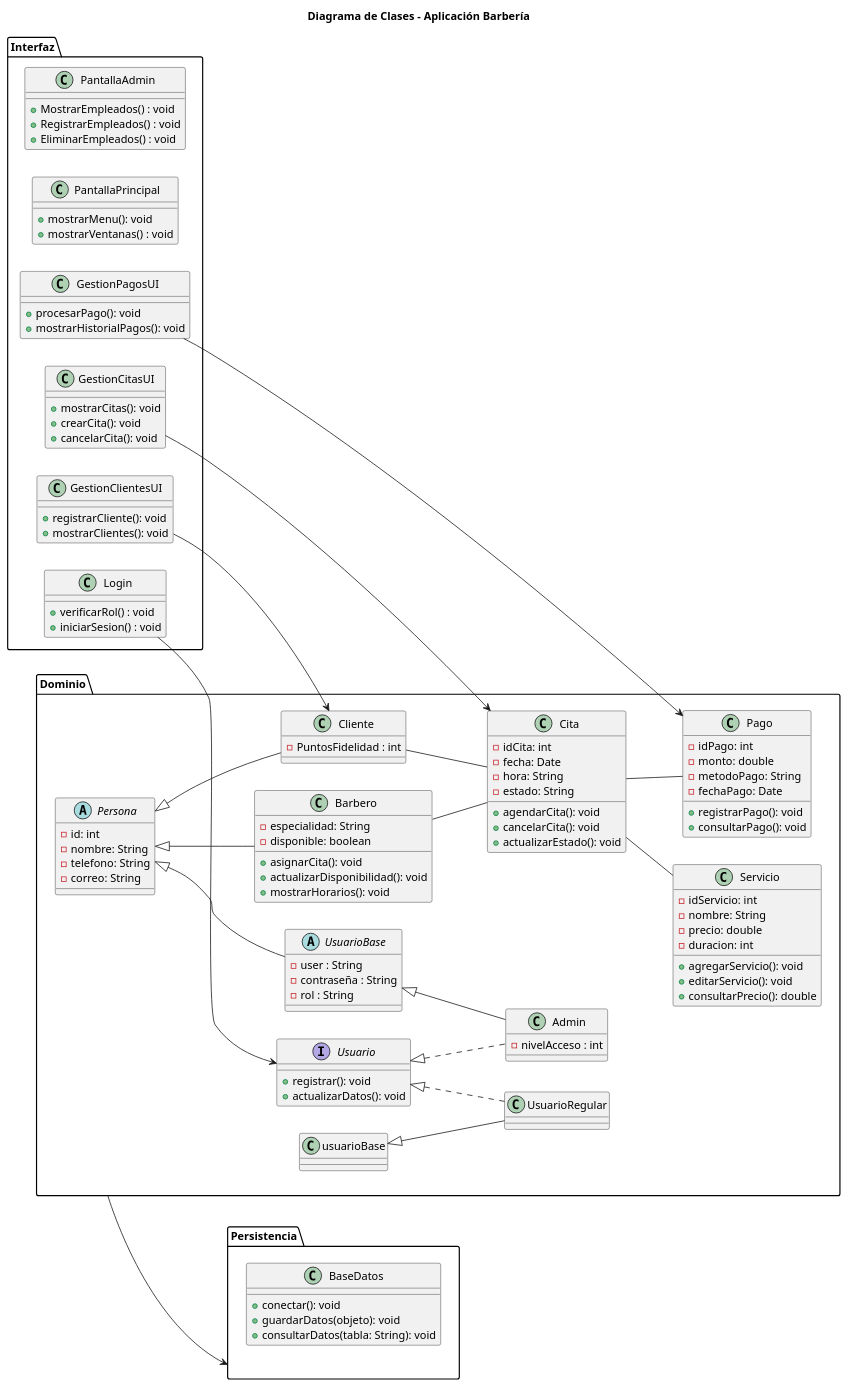
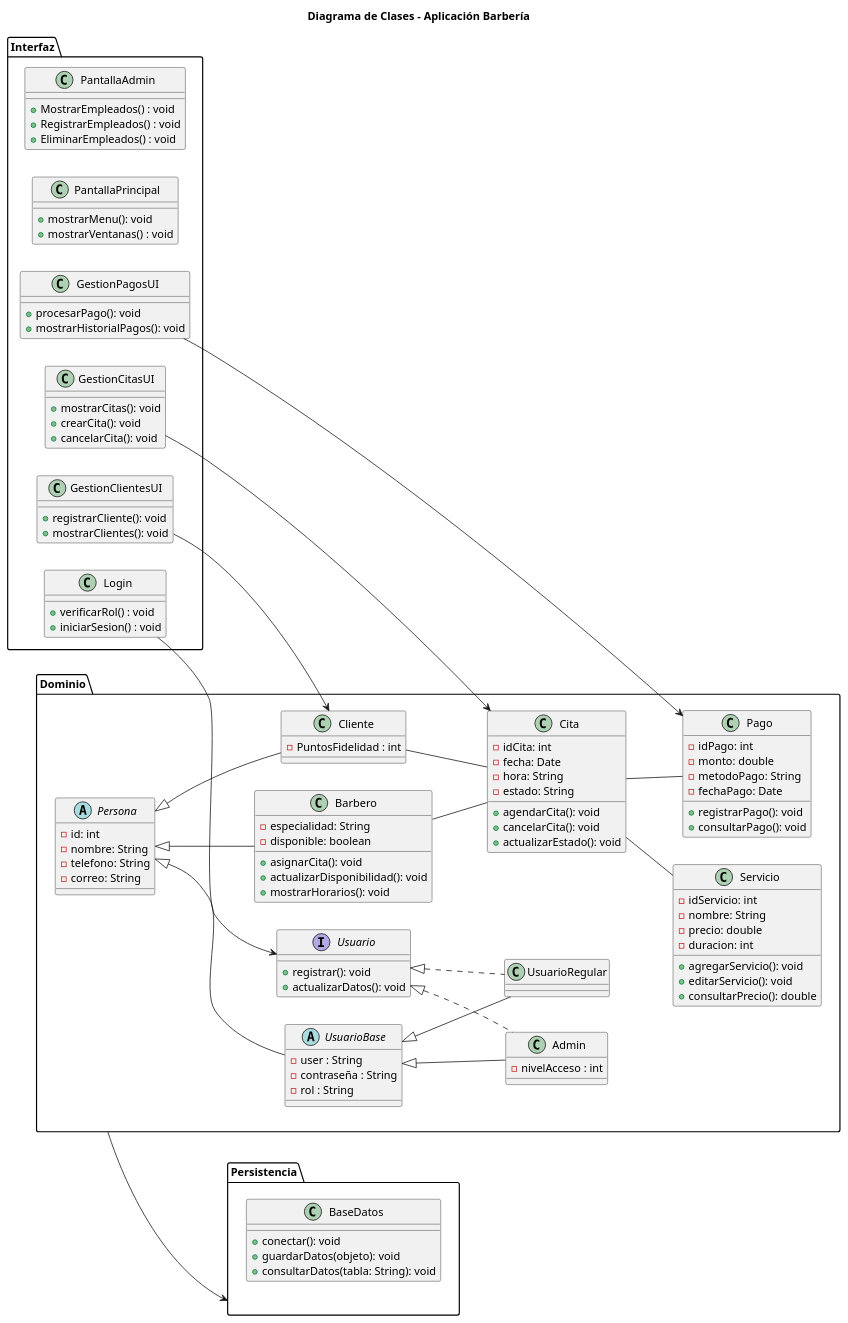
One commit to angeldany521-spec/ProyectoJavaSwing changed the diagram in diagramaBarberia.puml. Above: the diagram before and after it, drawn with PlantUML. The commit also changed 6 other files, not shown here.

```diff
--- a/diagramaBarberia.puml
+++ b/diagramaBarberia.puml
@@ -1,138 +1,139 @@
 @startuml
 title Diagrama de Clases - Aplicación Barbería
 
 left to right direction
 ' === Paquete de Interfaz (UI / Presentación) ===
 package "Interfaz" {
 
 	class PantallaAdmin {
 	+ MostrarEmpleados() : void
 	+ RegistrarEmpleados() : void
 	+ EliminarEmpleados() : void
 	}
 
     class PantallaPrincipal {
         + mostrarMenu(): void
         + mostrarVentanas() : void
     }
 
     class GestionCitasUI {
         + mostrarCitas(): void
         + crearCita(): void
         + cancelarCita(): void
     }
 
     class GestionClientesUI {
         + registrarCliente(): void
         + mostrarClientes(): void
     }
 
     class GestionPagosUI {
         + procesarPago(): void
         + mostrarHistorialPagos(): void
     }
 
     class Login {
     + verificarRol() : void
     + iniciarSesion() : void
 }
 }
 
 ' === Paquete de Dominio / Lógica ===
 package "Dominio" {
 
     abstract class Persona {
         - id: int
         - nombre: String
         - telefono: String
         - correo: String
         
     }
 
     class Cliente {
     - PuntosFidelidad : int
     }
 
     class Barbero {
         - especialidad: String
         - disponible: boolean
         + asignarCita(): void
         + actualizarDisponibilidad(): void
         + mostrarHorarios(): void
     }
     
     interface Usuario {
     
     + registrar(): void
     + actualizarDatos(): void
 }
 
 	abstract class UsuarioBase extends Persona {
 	- user : String
 	- contraseña : String
 	- rol : String
 	}
     
-    class UsuarioRegular extends usuarioBase implements Usuario {
+    class UsuarioRegular extends UsuarioBase implements Usuario {
     }
+    
     class Admin extends UsuarioBase implements Usuario{
     - nivelAcceso : int
     }
 
 
     class Cita {
         - idCita: int
         - fecha: Date
         - hora: String
         - estado: String
         + agendarCita(): void
         + cancelarCita(): void
         + actualizarEstado(): void
     }
 
     class Servicio {
         - idServicio: int
         - nombre: String
         - precio: double
         - duracion: int
         + agregarServicio(): void
         + editarServicio(): void
         + consultarPrecio(): double
     }
 
     class Pago {
         - idPago: int
         - monto: double
         - metodoPago: String
         - fechaPago: Date
         + registrarPago(): void
         + consultarPago(): void
     }
 
     ' Herencia
     Persona <|-- Cliente
     Persona <|-- Barbero
 }
 
 ' === Paquete de Persistencia / Datos ===
 package "Persistencia" {
     class BaseDatos {
         + conectar(): void
         + guardarDatos(objeto): void
         + consultarDatos(tabla: String): void
     }
 }
 
 ' === Relaciones internas ===
 Cliente  --  Cita 
 Barbero  --  Cita 
 Cita  --  Pago 
 Cita  --  Servicio  
 
 ' === Relaciones entre paquetes ===
 GestionClientesUI --> Cliente 
 GestionCitasUI --> Cita 
 GestionPagosUI --> Pago 
 Dominio --> Persistencia 
 Login --> Usuario
 @enduml
```
